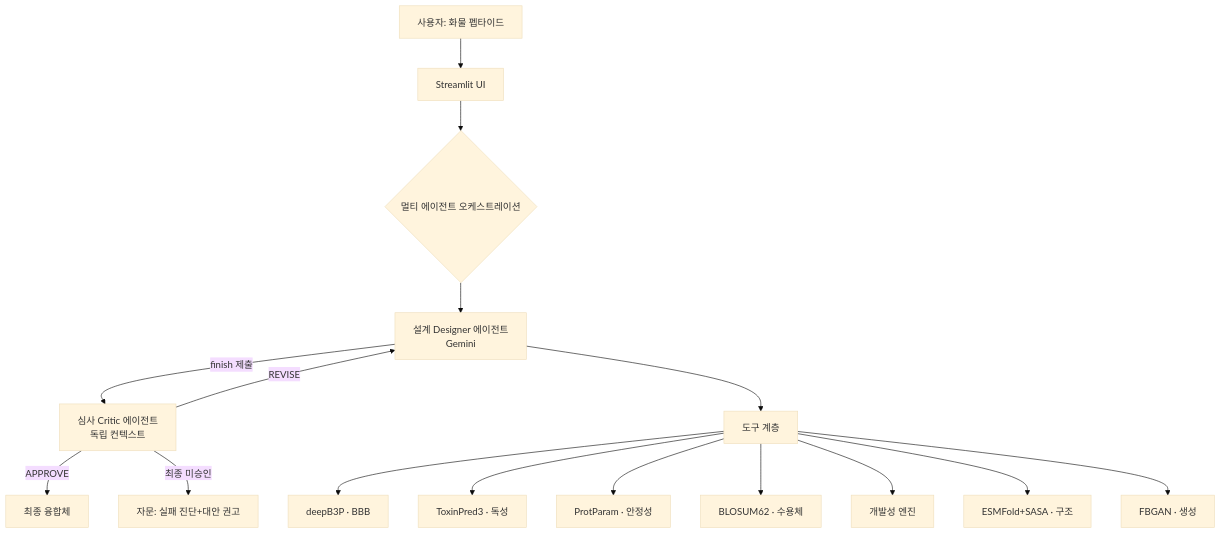
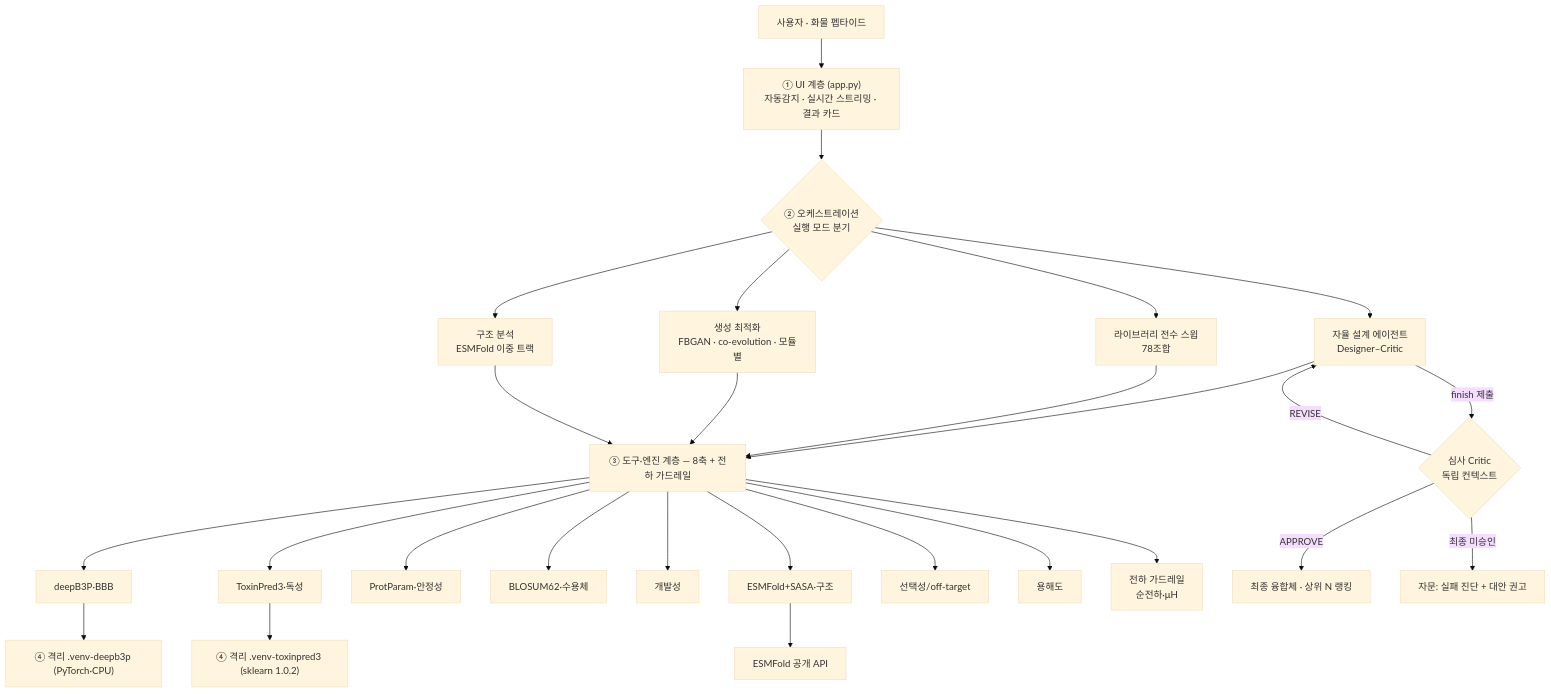
One commit to yunseul6028/BBB-Optimizer changed the first of 2 diagrams in 기획서.md. Above: the diagram before and after it, drawn with Mermaid (base theme). The commit also changed other lines of this file, not shown here.

````diff
--- a/기획서.md
+++ b/기획서.md
@@ -174,18 +178,27 @@
 ```mermaid
 flowchart TB
-  U[사용자: 화물 펩타이드] --> UI[Streamlit UI]
-  UI --> ORCH{멀티 에이전트 오케스트레이션}
-  ORCH --> DES[설계 Designer 에이전트<br/>Gemini]
-  DES -- finish 제출 --> CRIT[심사 Critic 에이전트<br/>독립 컨텍스트]
-  CRIT -- REVISE --> DES
-  CRIT -- APPROVE --> OUT[최종 융합체]
-  CRIT -- 최종 미승인 --> REC[자문: 실패 진단+대안 권고]
-  DES --> TOOLS[도구 계층]
-  TOOLS --> E1[deepB3P · BBB]
-  TOOLS --> E2[ToxinPred3 · 독성]
-  TOOLS --> E3[ProtParam · 안정성]
-  TOOLS --> E4[BLOSUM62 · 수용체]
-  TOOLS --> E5[개발성 엔진]
-  TOOLS --> E6[ESMFold+SASA · 구조]
-  TOOLS --> E7[FBGAN · 생성]
+  U["사용자 · 화물 펩타이드"] --> UI["① UI 계층 (app.py)<br/>자동감지 · 실시간 스트리밍 · 결과 카드"]
+  UI --> ORCH{"② 오케스트레이션<br/>실행 모드 분기"}
+
+  ORCH --> AG["자율 설계 에이전트<br/>Designer–Critic"]
+  ORCH --> SW["라이브러리 전수 스윕<br/>78조합"]
+  ORCH --> GN["생성 최적화<br/>FBGAN · co-evolution · 모듈별"]
+  ORCH --> ST["구조 분석<br/>ESMFold 이중 트랙"]
+
+  AG --> TOOLS["③ 도구·엔진 계층 — 8축 + 전하 가드레일"]
+  SW --> TOOLS
+  GN --> TOOLS
+  ST --> TOOLS
+
+  TOOLS --> E1["deepB3P·BBB"] & E2["ToxinPred3·독성"] & E3["ProtParam·안정성"] & E4["BLOSUM62·수용체"]
+  TOOLS --> E5["개발성"] & E6["ESMFold+SASA·구조"] & E7["선택성/off-target"] & E8["용해도"] & GD["전하 가드레일<br/>순전하·μH"]
+
+  E1 --> DV["④ 격리 .venv-deepb3p (PyTorch·CPU)"]
+  E2 --> TV["④ 격리 .venv-toxinpred3 (sklearn 1.0.2)"]
+  E6 --> API["ESMFold 공개 API"]
+
+  AG -->|finish 제출| CR{"심사 Critic<br/>독립 컨텍스트"}
+  CR -->|APPROVE| OUT["최종 융합체 · 상위 N 랭킹"]
+  CR -->|REVISE| AG
+  CR -->|최종 미승인| REC["자문: 실패 진단 + 대안 권고"]
 ```
````
